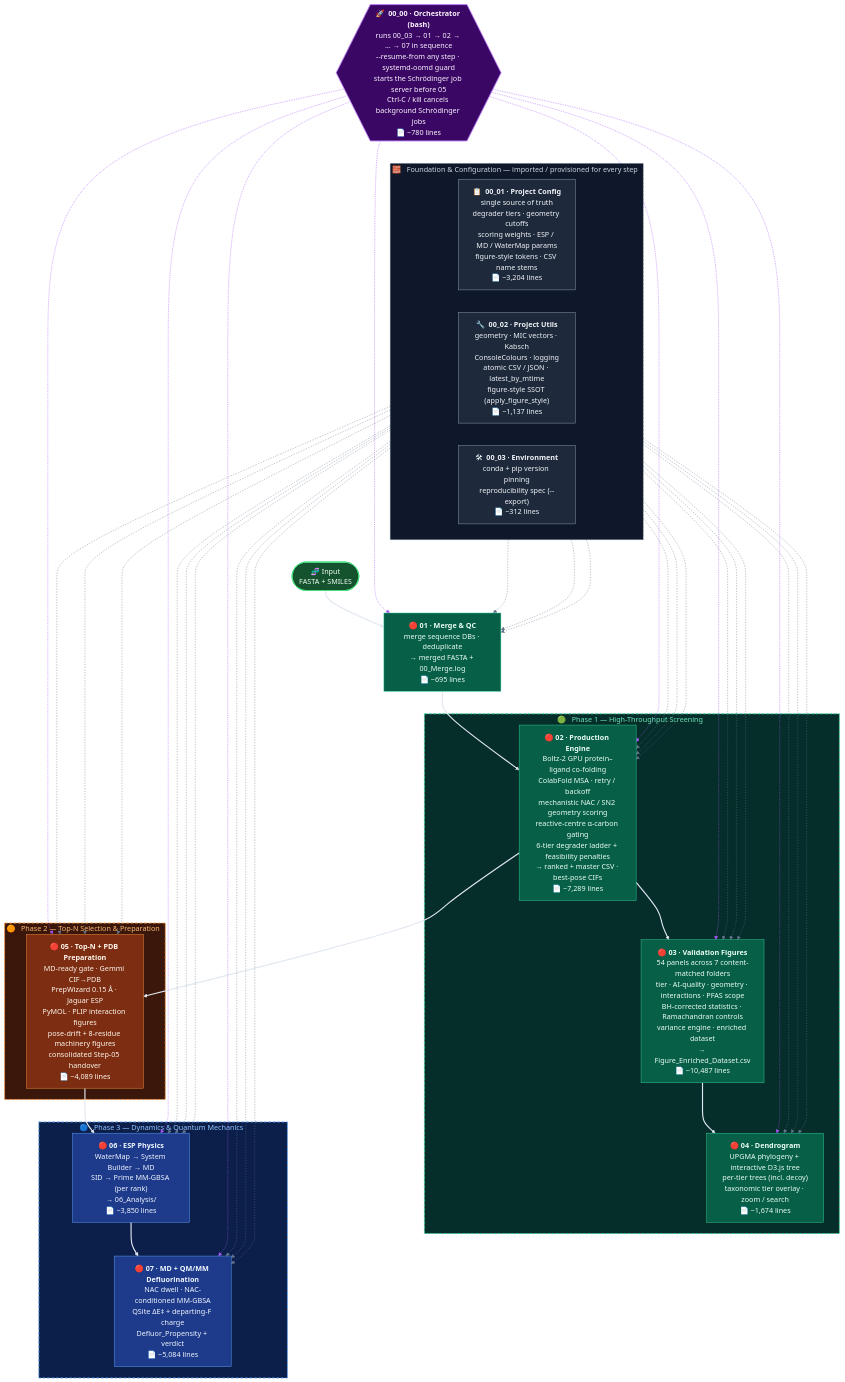
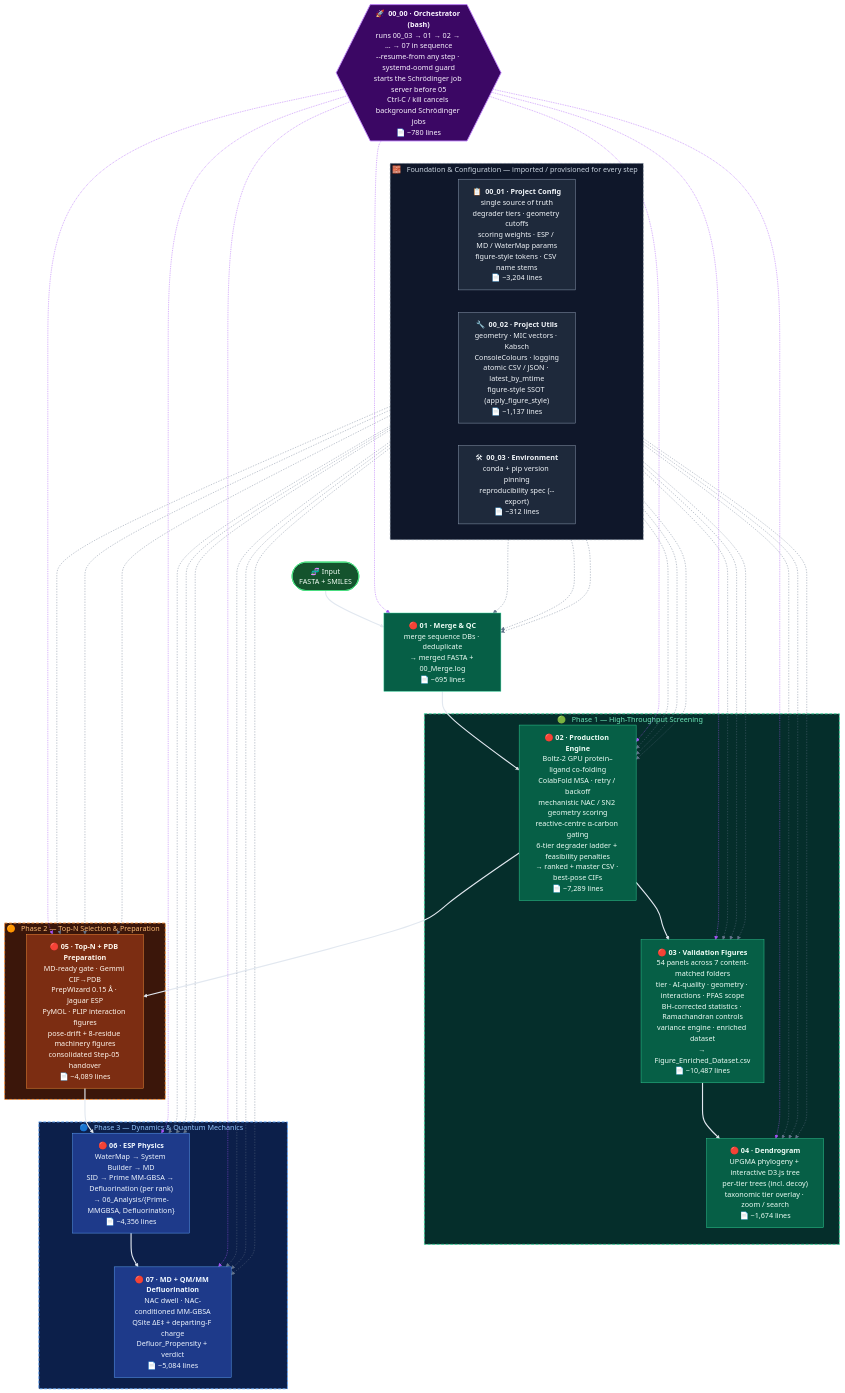
One commit to KU-MGB/DeFluorX changed the diagram in README.md. Above: the diagram before and after it, drawn with Mermaid (forest theme). The commit also changed 5 other files, not shown here.

First line of the commit message:
feat(06/03): native Desmond defluorination analysis + 06_Analysis figures

````diff
--- a/README.md
+++ b/README.md
@@ -193,64 +193,64 @@
 ```mermaid
 flowchart TD
     ORCH{{"🚀 &nbsp;<b>00_00 · Orchestrator (bash)</b><br/>runs 00_03 → 01 → 02 → … → 07 in sequence<br/>--resume-from any step · systemd-oomd guard<br/>starts the Schrödinger job server before 05<br/>Ctrl-C / kill cancels background Schrödinger jobs<br/>📄 ~780 lines"}}:::orch
 
     subgraph FOUNDATION["🧱 &nbsp; Foundation &amp; Configuration — imported / provisioned for every step &nbsp;"]
         direction LR
         CFG["📋 &nbsp;<b>00_01 · Project Config</b><br/>single source of truth<br/>degrader tiers · geometry cutoffs<br/>scoring weights · ESP / MD / WaterMap params<br/>figure-style tokens · CSV name stems<br/>📄 ~3,204 lines"]:::found
         UTL["🔧 &nbsp;<b>00_02 · Project Utils</b><br/>geometry · MIC vectors · Kabsch<br/>ConsoleColours · logging<br/>atomic CSV / JSON · latest_by_mtime<br/>figure-style SSOT (apply_figure_style)<br/>📄 ~1,137 lines"]:::found
         ENV["🛠 &nbsp;<b>00_03 · Environment</b><br/>conda + pip version pinning<br/>reproducibility spec (--export)<br/>📄 ~312 lines"]:::found
     end
 
     START(["🧬 Input<br/>FASTA + SMILES"]):::io
     M1["🔴&nbsp;<b>01 · Merge &amp; QC</b><br/>merge sequence DBs · deduplicate<br/>→ merged FASTA + 00_Merge.log<br/>📄 ~695 lines"]:::hts
 
     subgraph PHASE1["🟢 &nbsp; Phase 1 — High-Throughput Screening &nbsp;"]
         M2["🔴&nbsp;<b>02 · Production Engine</b><br/>Boltz-2 GPU protein–ligand co-folding<br/>ColabFold MSA · retry / backoff<br/>mechanistic NAC / SN2 geometry scoring<br/>reactive-centre α-carbon gating<br/>6-tier degrader ladder + feasibility penalties<br/>→ ranked + master CSV · best-pose CIFs<br/>📄 ~7,289 lines"]:::hts
         M3["🔴&nbsp;<b>03 · Validation Figures</b><br/>54 panels across 7 content-matched folders<br/>tier · AI-quality · geometry · interactions · PFAS scope<br/>BH-corrected statistics · Ramachandran controls<br/>variance engine · enriched dataset<br/>→ Figure_Enriched_Dataset.csv<br/>📄 ~10,487 lines"]:::hts
         M4["🔴&nbsp;<b>04 · Dendrogram</b><br/>UPGMA phylogeny + interactive D3.js tree<br/>per-tier trees (incl. decoy)<br/>taxonomic tier overlay · zoom / search<br/>📄 ~1,674 lines"]:::hts
         M2 --> M3 --> M4
     end
 
     subgraph PHASE2["🟠 &nbsp; Phase 2 — Top-N Selection &amp; Preparation &nbsp;"]
         M5["🔴&nbsp;<b>05 · Top-N + PDB Preparation</b><br/>MD-ready gate · Gemmi CIF→PDB<br/>PrepWizard 0.15 Å · Jaguar ESP<br/>PyMOL · PLIP interaction figures<br/>pose-drift + 8-residue machinery figures<br/>consolidated Step-05 handover<br/>📄 ~4,089 lines"]:::prep
     end
 
     subgraph PHASE3["🔵 &nbsp; Phase 3 — Dynamics &amp; Quantum Mechanics &nbsp;"]
-        M6["🔴&nbsp;<b>06 · ESP Physics</b><br/>WaterMap → System Builder → MD<br/>SID → Prime MM-GBSA (per rank)<br/>→ 06_Analysis/<br/>📄 ~3,850 lines"]:::dyn
+        M6["🔴&nbsp;<b>06 · ESP Physics</b><br/>WaterMap → System Builder → MD<br/>SID → Prime MM-GBSA → Defluorination (per rank)<br/>→ 06_Analysis/{Prime-MMGBSA, Defluorination}<br/>📄 ~4,356 lines"]:::dyn
         M7["🔴&nbsp;<b>07 · MD + QM/MM Defluorination</b><br/>NAC dwell · NAC-conditioned MM-GBSA<br/>QSite ΔE‡ + departing-F charge<br/>Defluor_Propensity + verdict<br/>📄 ~5,084 lines"]:::dyn
         M6 --> M7
     end
 
     %% keep orchestrator above foundation above the steps
     ORCH ~~~ FOUNDATION
     FOUNDATION ~~~ START
 
     %% data flow (solid white)
     START --> M1 --> M2
     M2 --> M5 --> M6
 
     %% orchestrator runs each step (fan, routed to the sides)
     ORCH -.-> M1 & M2 & M3 & M4 & M5 & M6 & M7
 
     %% foundation: one fan from each of config / utils / env to every step
     CFG -.-> M1 & M2 & M3 & M4 & M5 & M6 & M7
     UTL -.-> M1 & M2 & M3 & M4 & M5 & M6 & M7
     ENV -.-> M1 & M2 & M3 & M4 & M5 & M6 & M7
 
     classDef io    fill:#14532d,stroke:#4ade80,color:#f0fdf4,stroke-width:2px
     classDef orch  fill:#3b0764,stroke:#c084fc,color:#faf5ff,stroke-width:2px
     classDef found fill:#1e293b,stroke:#94a3b8,color:#f1f5f9
     classDef hts   fill:#065f46,stroke:#34d399,color:#ecfdf5
     classDef prep  fill:#7c2d12,stroke:#fb923c,color:#fff7ed
     classDef dyn   fill:#1e3a8a,stroke:#60a5fa,color:#eff6ff
 
     style FOUNDATION fill:#0f172a,stroke:#64748b,color:#cbd5e1,stroke-width:1px,stroke-dasharray:5 4
     style PHASE1 fill:#052e2b,stroke:#34d399,color:#6ee7b7,stroke-width:2px,stroke-dasharray:6 4
     style PHASE2 fill:#3b160a,stroke:#fb923c,color:#fdba74,stroke-width:2px,stroke-dasharray:6 4
     style PHASE3 fill:#0c1f4a,stroke:#60a5fa,color:#93c5fd,stroke-width:2px,stroke-dasharray:6 4
 
     linkStyle 0,1,2,5,6,7,8 stroke:#e2e8f0,stroke-width:2.5px
     linkStyle 3,4 stroke-width:0px,stroke:none
     linkStyle 9,10,11,12,13,14,15 stroke:#a855f7,stroke-width:1.1px
     linkStyle 16,17,18,19,20,21,22,23,24,25,26,27,28,29,30,31,32,33,34,35,36 stroke:#64748b,stroke-width:0.9px,stroke-dasharray:3 3
 ```
````
